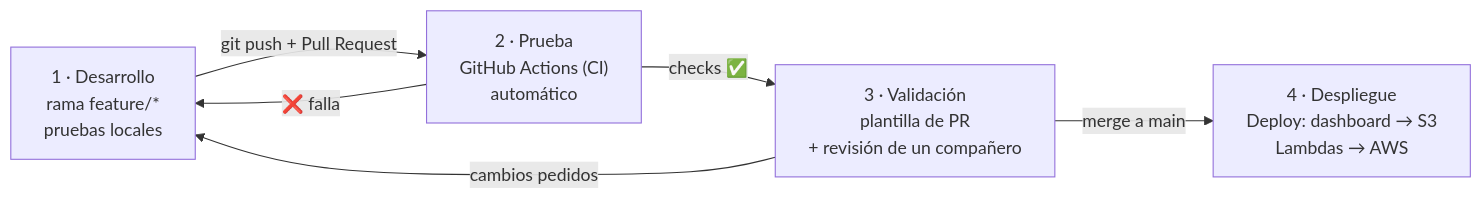
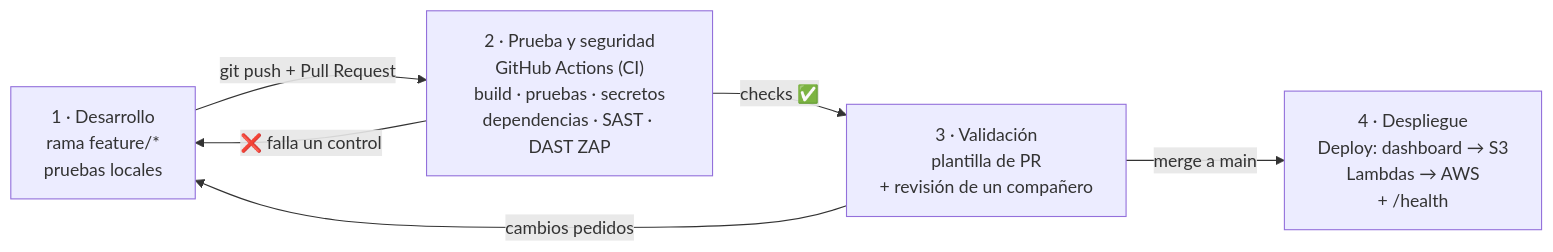
One commit to Aburahamu20/Induplac changed the diagram in docs/devops.md. Above: the diagram before and after it, drawn with Mermaid. The commit also changed other lines of this file and 3 other files, not shown here.

First line of the commit message:
feat: dependencias, SAST y DAST con ZAP en el CI (tarea 32)

````diff
--- a/docs/devops.md
+++ b/docs/devops.md
@@ -6,8 +6,8 @@
 ```mermaid
 flowchart LR
-    A["1 · Desarrollo<br/>rama feature/*<br/>pruebas locales"] -->|"git push + Pull Request"| B["2 · Prueba<br/>GitHub Actions (CI)<br/>automático"]
+    A["1 · Desarrollo<br/>rama feature/*<br/>pruebas locales"] -->|"git push + Pull Request"| B["2 · Prueba y seguridad<br/>GitHub Actions (CI)<br/>build · pruebas · secretos<br/>dependencias · SAST · DAST ZAP"]
     B -->|"checks ✅"| C["3 · Validación<br/>plantilla de PR<br/>+ revisión de un compañero"]
-    C -->|"merge a main"| D["4 · Despliegue<br/>Deploy: dashboard → S3<br/>Lambdas → AWS"]
-    B -->|"❌ falla"| A
+    C -->|"merge a main"| D["4 · Despliegue<br/>Deploy: dashboard → S3<br/>Lambdas → AWS<br/>+ /health"]
+    B -->|"❌ falla un control"| A
     C -->|"cambios pedidos"| A
 ```
````
